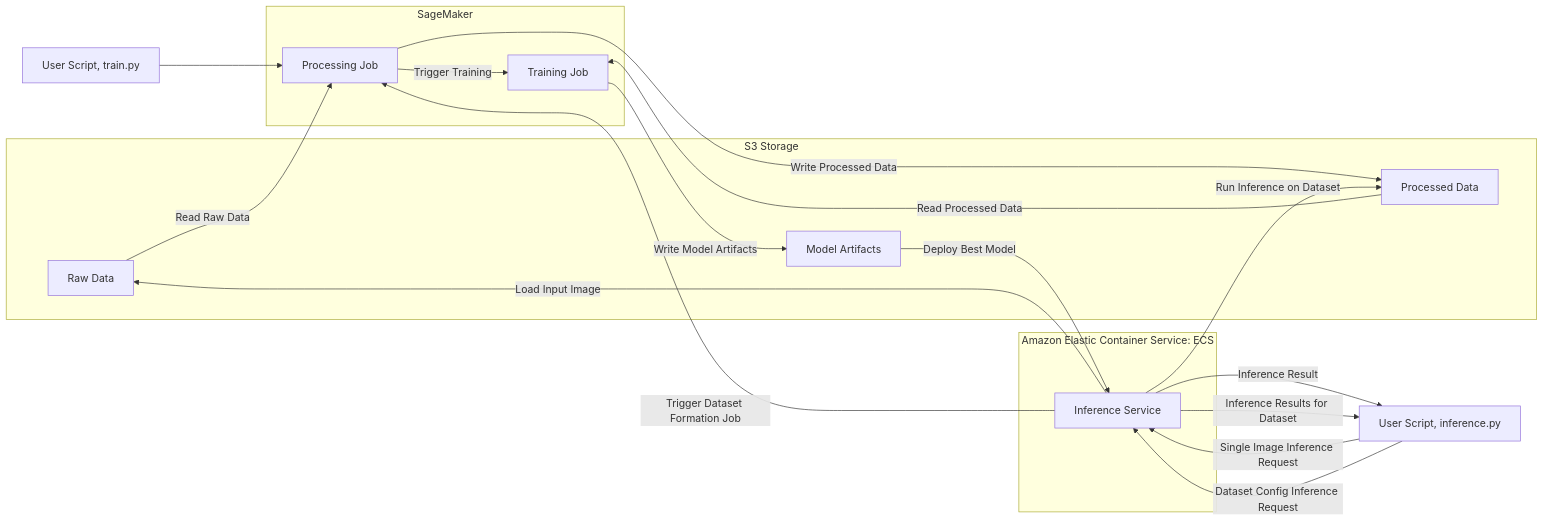
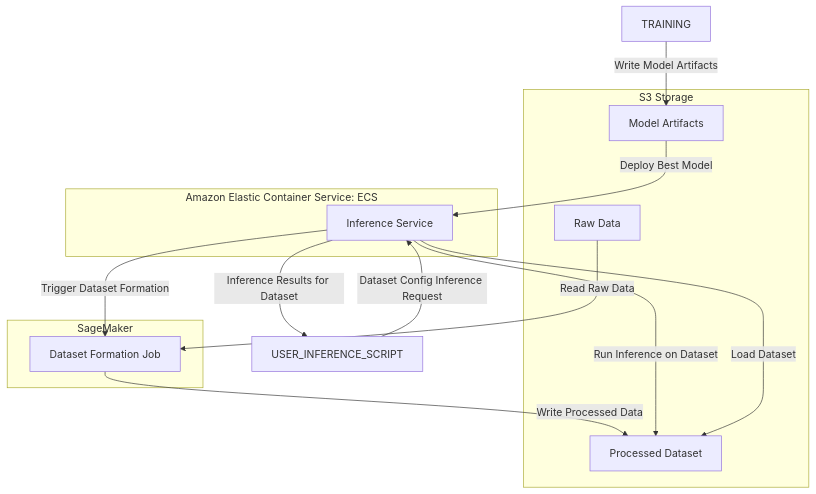
The sixth of 7 diagrams in system_design/ml_system_design_doc.md (shandrayu/ml-ops-ucu), drawn with Mermaid before and after one commit. The commit also changed other lines of this file, not shown here.

Commit message:
Split diagram to 3 scenarious

````diff
--- a/system_design/ml_system_design_doc.md
+++ b/system_design/ml_system_design_doc.md
@@ -199,36 +249,30 @@
 ```mermaid
-graph LR
+graph TD
   subgraph S3 Storage
     RAW_DATA[Raw Data]
-    PROCESSED_DATA[Processed Data]
+    PROCESSED_DATASET[Processed Dataset]
     MODEL_ARTIFACTS[Model Artifacts]
-  end
-
-  subgraph SageMaker
-    PROCESSING[Processing Job]
-    TRAINING[Training Job]
   end
 
   subgraph Amazon Elastic Container Service: ECS
     INFERENCE_SERVICE[Inference Service]
   end
 
+  subgraph SageMaker
+    PROCESSING[Dataset Formation Job]
+  end
+
+  USER_INFERENCE_SCRIPT -->|Dataset Config Inference Request| INFERENCE_SERVICE
+
+  INFERENCE_SERVICE -->|Inference Results for Dataset| USER_INFERENCE_SCRIPT
+
+  INFERENCE_SERVICE -->|Trigger Dataset Formation| PROCESSING
+  PROCESSING -->|Write Processed Data| PROCESSED_DATASET
+  INFERENCE_SERVICE -->|Run Inference on Dataset| PROCESSED_DATASET
+  INFERENCE_SERVICE -->|Load Dataset| PROCESSED_DATASET
+
+  TRAINING --> |Write Model Artifacts| MODEL_ARTIFACTS
+  MODEL_ARTIFACTS --> |Deploy Best Model| INFERENCE_SERVICE
+
   RAW_DATA -->|Read Raw Data| PROCESSING
-  PROCESSED_DATA -->|Read Processed Data| TRAINING
-  TRAINING -->|Write Model Artifacts| MODEL_ARTIFACTS
-  MODEL_ARTIFACTS -->|Deploy Best Model| INFERENCE_SERVICE
-
-  TRAIN_SCRIPT[User Script, train.py] --> PROCESSING --> |Trigger Training| TRAINING
-
-  USER[User Script, inference.py] -->|Single Image Inference Request| INFERENCE_SERVICE
-  INFERENCE_SERVICE -->|Inference Result| USER
-
-  USER[User Script, inference.py] -->|Dataset Config Inference Request| INFERENCE_SERVICE
-  INFERENCE_SERVICE -->|Trigger Dataset Formation Job| PROCESSING
-  PROCESSING -->|Write Processed Data| PROCESSED_DATA
-  INFERENCE_SERVICE -->|Run Inference on Dataset| PROCESSED_DATA
-  INFERENCE_SERVICE -->|Inference Results for Dataset| USER
-
-  INFERENCE_SERVICE -->|Load Input Image| RAW_DATA
-
 ```
````
